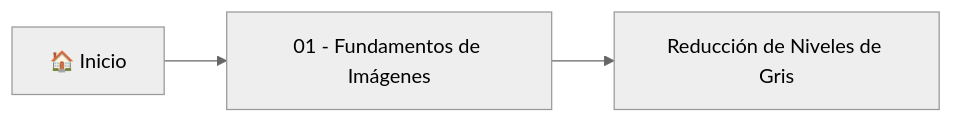
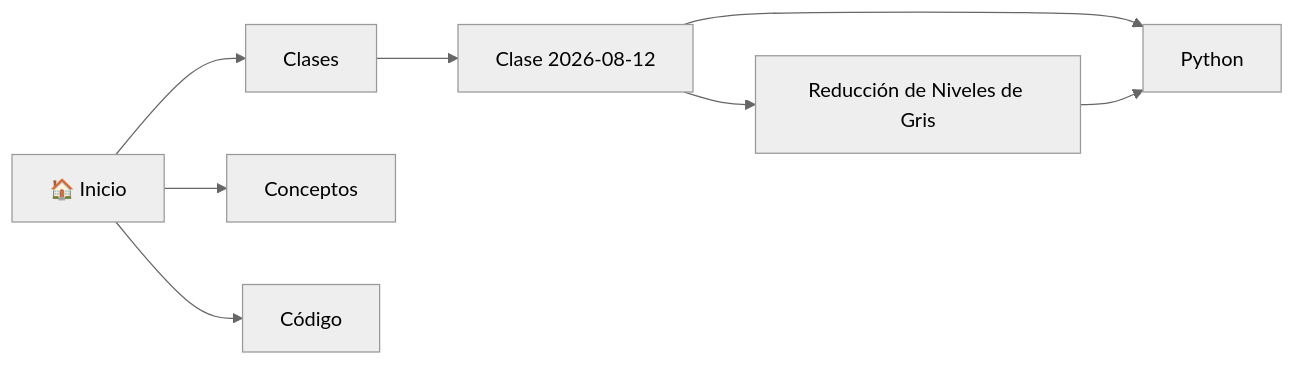
The diagram in Inicio.md (kriv-bit/Apuntes-Vision-Artificial), drawn with Mermaid (neutral theme) before and after one commit. The commit also changed other lines of this file and 6 other files, not shown here.

Commit message:
Dividir bóveda en clases, conceptos y código; agregar apunte de Python

````diff
--- a/Inicio.md
+++ b/Inicio.md
@@ -22,5 +32,10 @@
 ```mermaid
 graph LR
-    Inicio[🏠 Inicio] --> U1[01 - Fundamentos de Imágenes]
-    U1 --> Nota[Reducción de Niveles de Gris]
+    Inicio[🏠 Inicio] --> Clases
+    Inicio --> Conceptos
+    Inicio --> Codigo[Código]
+    Clases --> C1[Clase 2026-08-12]
+    C1 --> N1[Reducción de Niveles de Gris]
+    C1 --> P1[Python]
+    N1 --> P1
 ```
````
